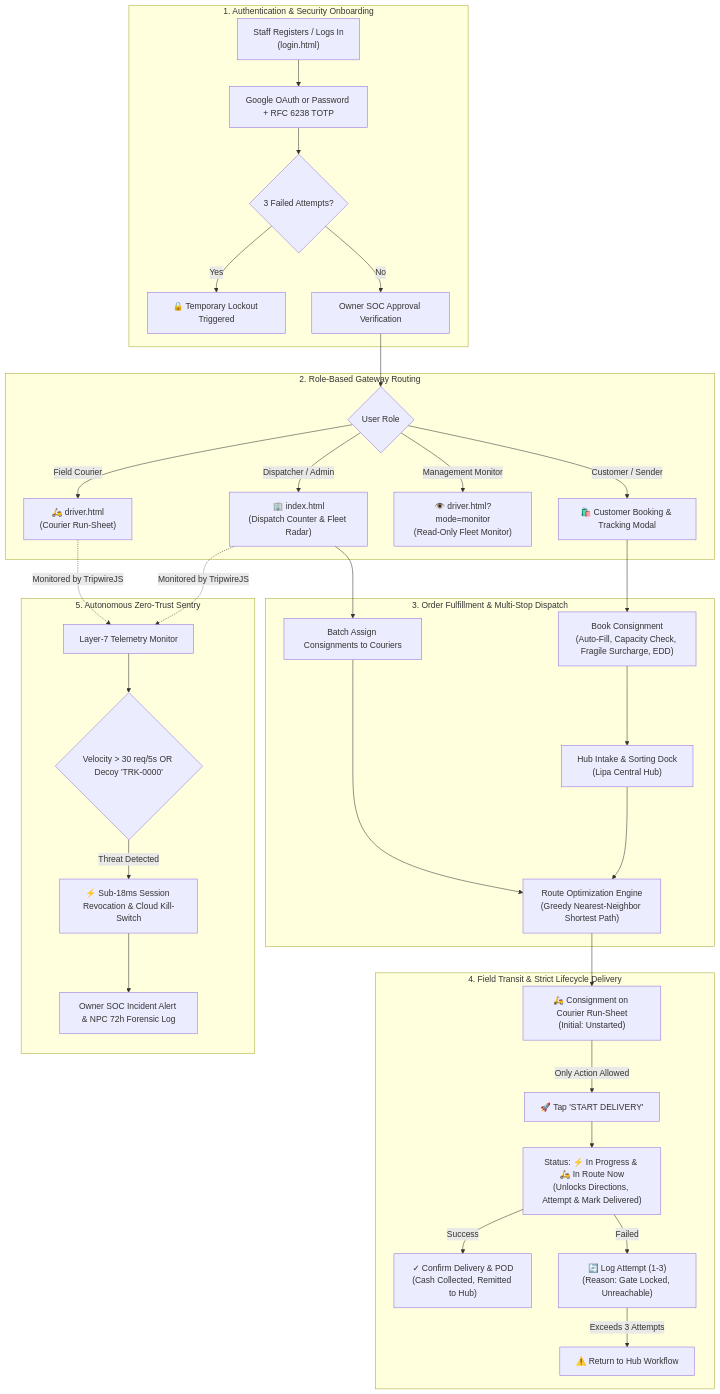
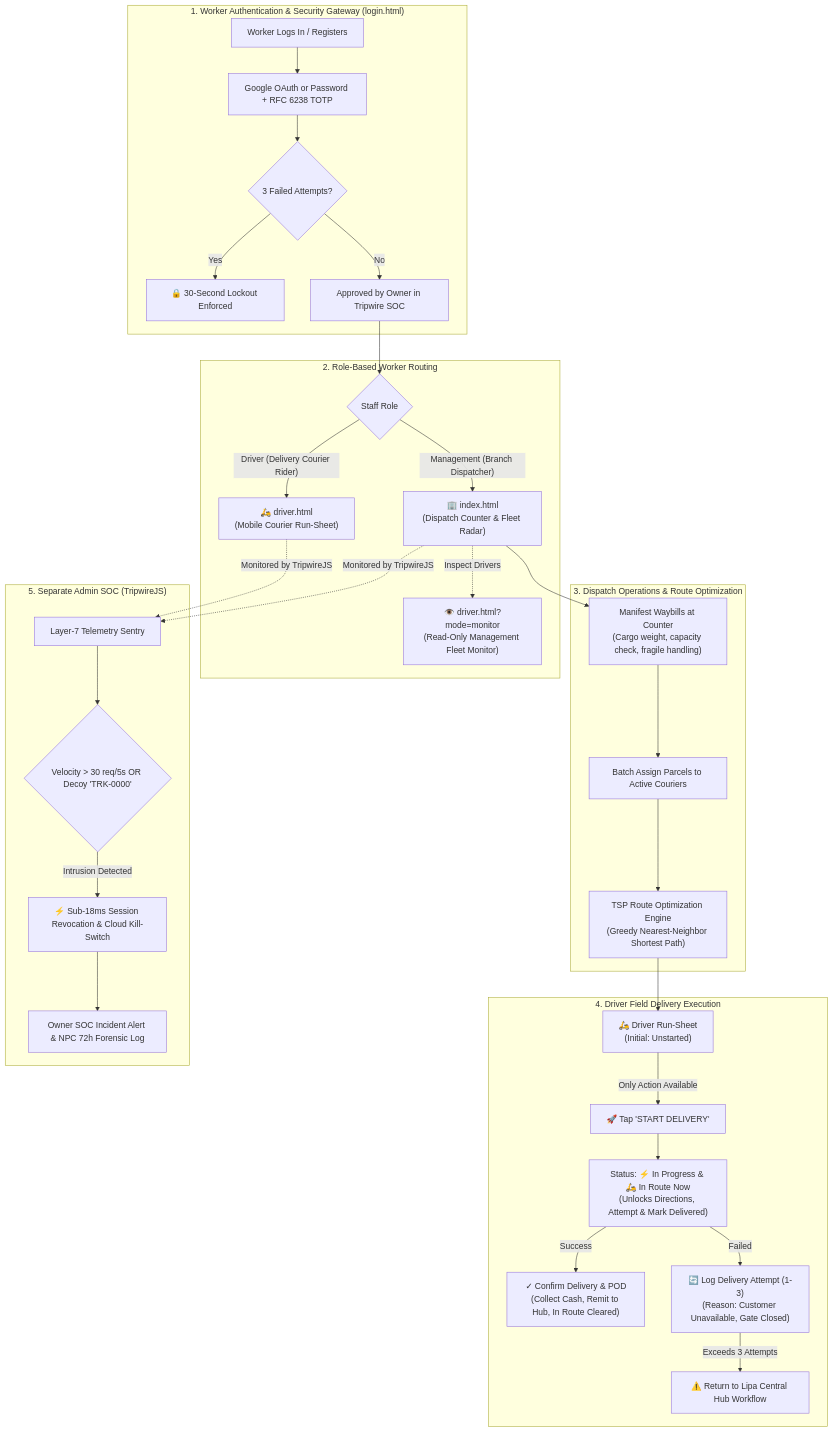
The diagram in README.md (Alessandre-KS/SwiftLogistics), drawn with Mermaid before and after one commit. The commit also changed other lines of this file and 3 other files, not shown here.

Commit message:
refactor: remove all customer functions and focus webapp strictly on Driver and Management with separate Tripwire Admin

````diff
--- a/README.md
+++ b/README.md
@@ -44,40 +38,38 @@
 ```mermaid
 flowchart TD
-    subgraph S1["1. Authentication & Security Onboarding"]
-        A1["Staff Registers / Logs In<br/>(login.html)"] --> A2["Google OAuth or Password + RFC 6238 TOTP"]
+    subgraph S1["1. Worker Authentication & Security Gateway (login.html)"]
+        A1["Worker Logs In / Registers"] --> A2["Google OAuth or Password + RFC 6238 TOTP"]
         A2 --> A3{"3 Failed Attempts?"}
-        A3 -- Yes --> A4["🔒 Temporary Lockout Triggered"]
-        A3 -- No --> A5["Owner SOC Approval Verification"]
+        A3 -- Yes --> A4["🔒 30-Second Lockout Enforced"]
+        A3 -- No --> A5["Approved by Owner in Tripwire SOC"]
     end
 
-    subgraph S2["2. Role-Based Gateway Routing"]
-        A5 --> B{"User Role"}
-        B -- Dispatcher / Admin --> C1["🏢 index.html<br/>(Dispatch Counter & Fleet Radar)"]
-        B -- Field Courier --> C2["🛵 driver.html<br/>(Courier Run-Sheet)"]
-        B -- Management Monitor --> C3["👁️ driver.html?mode=monitor<br/>(Read-Only Fleet Monitor)"]
-        B -- Customer / Sender --> C4["🛍️ Customer Booking & Tracking Modal"]
+    subgraph S2["2. Role-Based Worker Routing"]
+        A5 --> B{"Staff Role"}
+        B -- "Management (Branch Dispatcher)" --> C1["🏢 index.html<br/>(Dispatch Counter & Fleet Radar)"]
+        B -- "Driver (Delivery Courier Rider)" --> C2["🛵 driver.html<br/>(Mobile Courier Run-Sheet)"]
+        C1 -.->|Inspect Drivers| C3["👁️ driver.html?mode=monitor<br/>(Read-Only Management Fleet Monitor)"]
     end
 
-    subgraph S3["3. Order Fulfillment & Multi-Stop Dispatch"]
-        C4 --> D1["Book Consignment<br/>(Auto-Fill, Capacity Check, Fragile Surcharge, EDD)"]
-        D1 --> D2["Hub Intake & Sorting Dock<br/>(Lipa Central Hub)"]
-        C1 --> D3["Batch Assign Consignments to Couriers"]
-        D2 & D3 --> D4["Route Optimization Engine<br/>(Greedy Nearest-Neighbor Shortest Path)"]
+    subgraph S3["3. Dispatch Operations & Route Optimization"]
+        C1 --> D1["Manifest Waybills at Counter<br/>(Cargo weight, capacity check, fragile handling)"]
+        D1 --> D2["Batch Assign Parcels to Active Couriers"]
+        D2 --> D3["TSP Route Optimization Engine<br/>(Greedy Nearest-Neighbor Shortest Path)"]
     end
 
-    subgraph S4["4. Field Transit & Strict Lifecycle Delivery"]
-        D4 --> E1["🛵 Consignment on Courier Run-Sheet<br/>(Initial: Unstarted)"]
-        E1 -->|Only Action Allowed| E2["🚀 Tap 'START DELIVERY'"]
+    subgraph S4["4. Driver Field Delivery Execution"]
+        D3 --> E1["🛵 Driver Run-Sheet<br/>(Initial: Unstarted)"]
+        E1 -->|Only Action Available| E2["🚀 Tap 'START DELIVERY'"]
         E2 --> E3["Status: ⚡ In Progress & 🛵 In Route Now<br/>(Unlocks Directions, Attempt & Mark Delivered)"]
-        E3 -->|Success| E4["✓ Confirm Delivery & POD<br/>(Cash Collected, Remitted to Hub)"]
-        E3 -->|Failed| E5["🔄 Log Attempt (1-3)<br/>(Reason: Gate Locked, Unreachable)"]
-        E5 -- Exceeds 3 Attempts --> E6["⚠️ Return to Hub Workflow"]
+        E3 -->|Success| E4["✓ Confirm Delivery & POD<br/>(Collect Cash, Remit to Hub, In Route Cleared)"]
+        E3 -->|Failed| E5["🔄 Log Delivery Attempt (1-3)<br/>(Reason: Customer Unavailable, Gate Closed)"]
+        E5 -- Exceeds 3 Attempts --> E6["⚠️ Return to Lipa Central Hub Workflow"]
     end
 
-    subgraph S5["5. Autonomous Zero-Trust Sentry"]
-        C1 & C2 -.->|Monitored by TripwireJS| F1["Layer-7 Telemetry Monitor"]
+    subgraph S5["5. Separate Admin SOC (TripwireJS)"]
+        C1 & C2 -.->|Monitored by TripwireJS| F1["Layer-7 Telemetry Sentry"]
         F1 --> F2{"Velocity > 30 req/5s OR Decoy 'TRK-0000'"}
-        F2 -- Threat Detected --> F3["⚡ Sub-18ms Session Revocation & Cloud Kill-Switch"]
+        F2 -- Intrusion Detected --> F3["⚡ Sub-18ms Session Revocation & Cloud Kill-Switch"]
         F3 --> F4["Owner SOC Incident Alert & NPC 72h Forensic Log"]
     end
 ```
````
